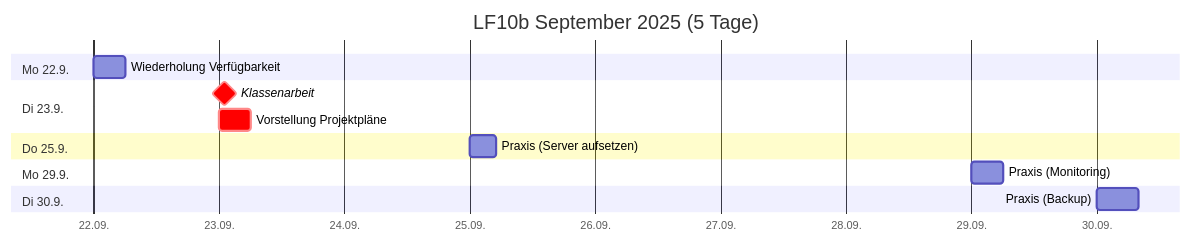
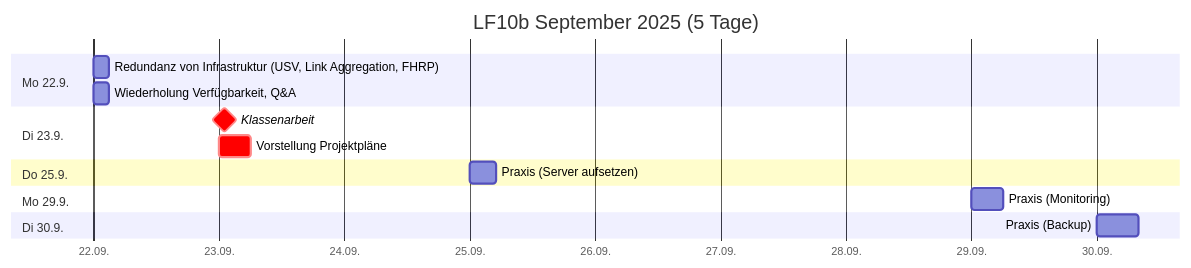
One commit to johannesloetzsch/LF10b changed the second of 3 diagrams in src/plan.md. Above: the diagram before and after it, drawn with Mermaid. The commit also changed other lines of this file and 10 other files, not shown here.

````diff
--- a/src/plan.md
+++ b/src/plan.md
@@ -30,17 +30,18 @@
 ```mermaid
 gantt
  title LF10b September 2025 (5 Tage)
  dateFormat YYYY-MM-DD
  axisFormat %d.%m.
  section Mo 22.9.
-  Wiederholung Verfügbarkeit    :2025-09-22, 6h
+  Redundanz von Infrastruktur (USV, Link Aggregation, FHRP) :2025-09-22, 3h
+  Wiederholung Verfügbarkeit, Q&A  :2025-09-22, 3h
  section Di 23.9.
   Klassenarbeit                 :crit, milestone, 2025-09-23, 2h
   Vorstellung Projektpläne      :crit, 2025-09-23, 6h
  section Do 25.9.
   Praxis (Server aufsetzen)     :2025-09-25, 5h
  section Mo 29.9.
   Praxis (Monitoring)           :2025-09-29, 6h
  section Di 30.9.
   Praxis (Backup)               :2025-09-30, 8h
 ```
````
